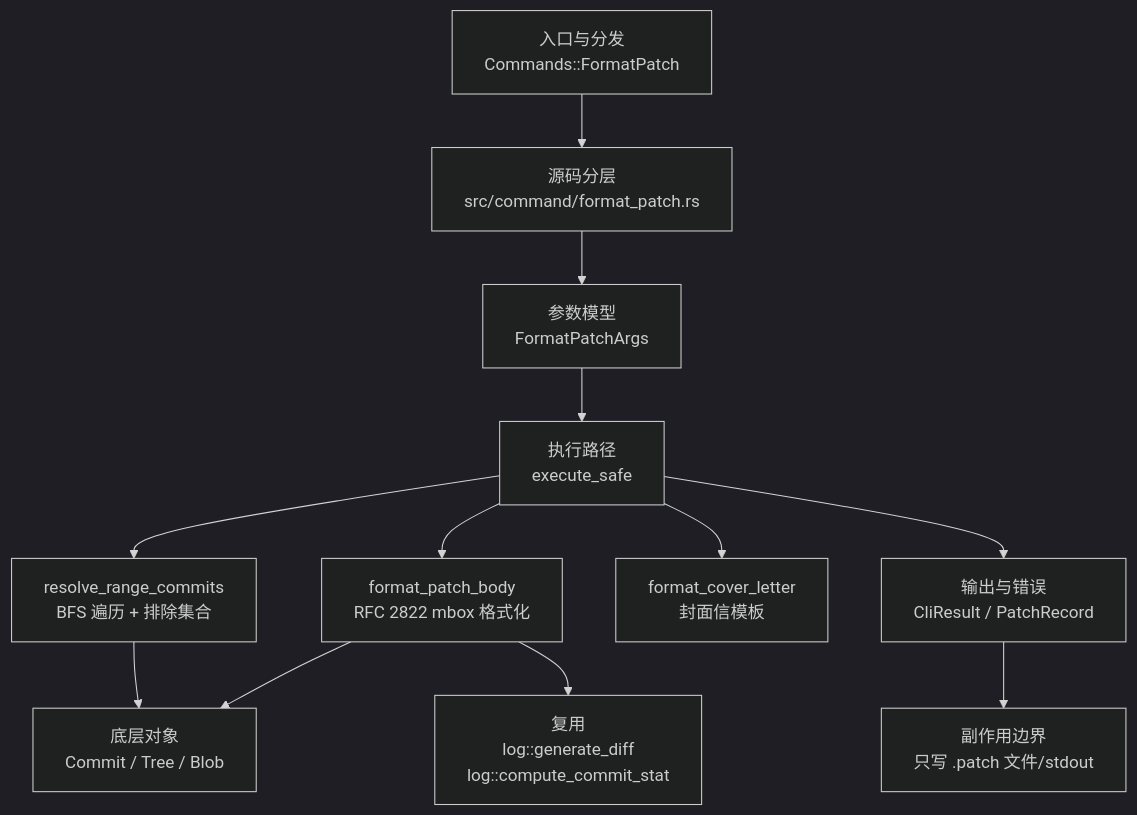
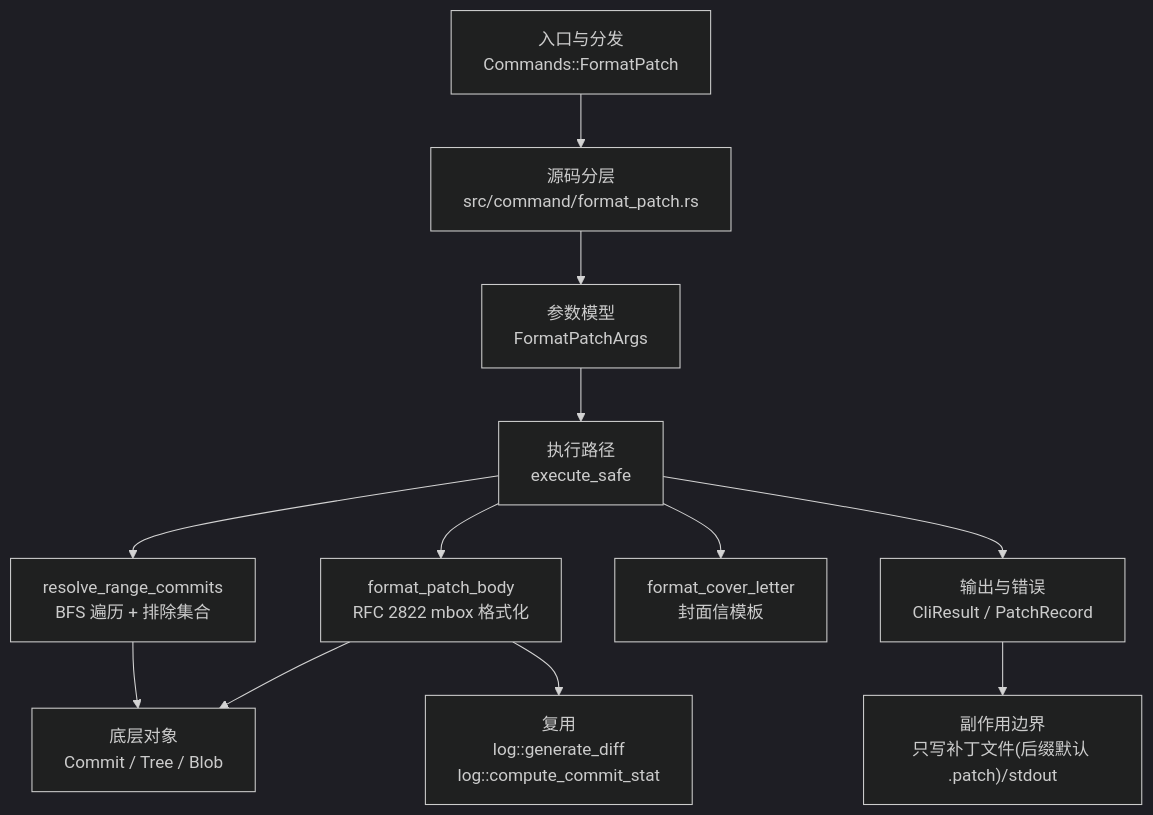
Before and after one commit to web3infra-foundation/libra: the diagram in docs/development/commands/format-patch.md, drawn with Mermaid (dark theme). The commit also changed other lines of this file and 9 other files, not shown here.

````diff
--- a/docs/development/commands/format-patch.md
+++ b/docs/development/commands/format-patch.md
@@ -19,14 +19,14 @@
 ```mermaid
 flowchart TD
     A["入口与分发<br/>Commands::FormatPatch"] --> B["源码分层<br/>src/command/format_patch.rs"]
     B --> C["参数模型<br/>FormatPatchArgs"]
     C --> D["执行路径<br/>execute_safe"]
     D --> E1["resolve_range_commits<br/>BFS 遍历 + 排除集合"]
     D --> E2["format_patch_body<br/>RFC 2822 mbox 格式化"]
     D --> E3["format_cover_letter<br/>封面信模板"]
     E1 --> F["底层对象<br/>Commit / Tree / Blob"]
     E2 --> F
     E2 --> G["复用<br/>log::generate_diff<br/>log::compute_commit_stat"]
     D --> H["输出与错误<br/>CliResult / PatchRecord"]
-    H --> I["副作用边界<br/>只写 .patch 文件/stdout"]
+    H --> I["副作用边界<br/>只写补丁文件(后缀默认 .patch)/stdout"]
 ```
````
